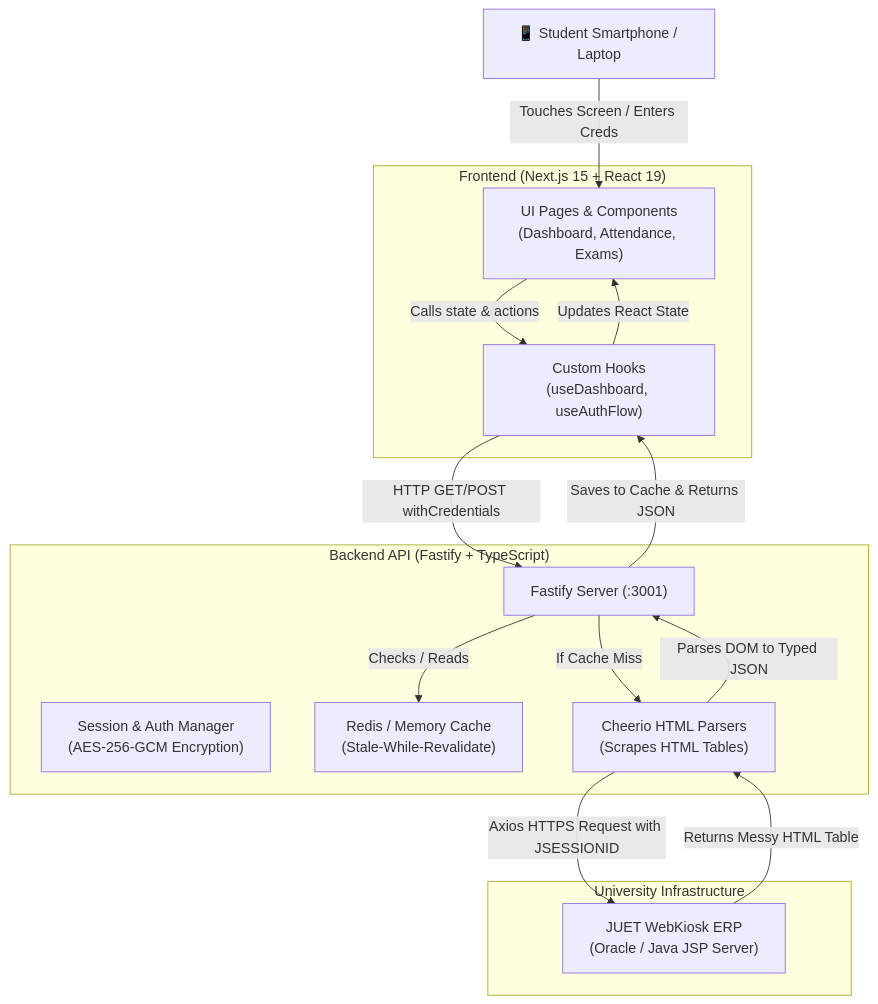
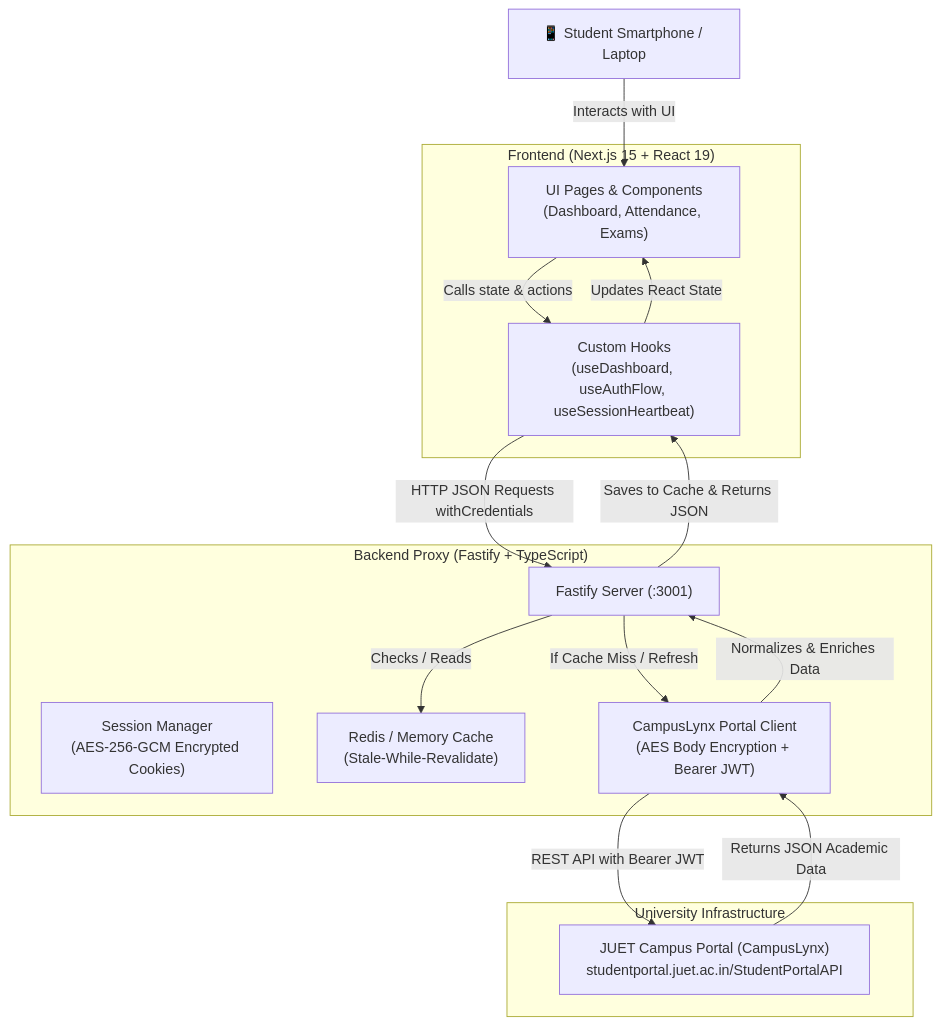
One commit to AryanAnand-ux/JUET-Nexus changed the diagram in PROJECT_EXPLAINED.md. Above: the diagram before and after it, drawn with Mermaid. The commit also changed other lines of this file and 3 other files, not shown here.

Commit message:
docs: align architecture documentation and references with new Campus Portal (CampusLynx)

````diff
--- a/PROJECT_EXPLAINED.md
+++ b/PROJECT_EXPLAINED.md
@@ -12,31 +12,31 @@
 ```mermaid
 flowchart TD
     User["📱 Student Smartphone / Laptop"]
     
     subgraph Frontend["Frontend (Next.js 15 + React 19)"]
         UI["UI Pages & Components<br/>(Dashboard, Attendance, Exams)"]
-        Hooks["Custom Hooks<br/>(useDashboard, useAuthFlow)"]
+        Hooks["Custom Hooks<br/>(useDashboard, useAuthFlow, useSessionHeartbeat)"]
     end
     
-    subgraph Backend["Backend API (Fastify + TypeScript)"]
+    subgraph Backend["Backend Proxy (Fastify + TypeScript)"]
         Server["Fastify Server (:3001)"]
-        SessionMgt["Session & Auth Manager<br/>(AES-256-GCM Encryption)"]
+        SessionMgt["Session Manager<br/>(AES-256-GCM Encrypted Cookies)"]
         Cache["Redis / Memory Cache<br/>(Stale-While-Revalidate)"]
-        Scraper["Cheerio HTML Parsers<br/>(Scrapes HTML Tables)"]
+        PortalClient["CampusLynx Portal Client<br/>(AES Body Encryption + Bearer JWT)"]
     end
     
     subgraph University["University Infrastructure"]
-        WebKiosk["JUET WebKiosk ERP<br/>(Oracle / Java JSP Server)"]
+        CampusPortal["JUET Campus Portal (CampusLynx)<br/>studentportal.juet.ac.in/StudentPortalAPI"]
     end
 
-    User -->|Touches Screen / Enters Creds| UI
+    User -->|Interacts with UI| UI
     UI -->|Calls state & actions| Hooks
-    Hooks -->|HTTP GET/POST withCredentials| Server
+    Hooks -->|HTTP JSON Requests withCredentials| Server
     Server -->|Checks / Reads| Cache
-    Server -->|If Cache Miss| Scraper
-    Scraper -->|Axios HTTPS Request with JSESSIONID| WebKiosk
-    WebKiosk -->|Returns Messy HTML Table| Scraper
-    Scraper -->|Parses DOM to Typed JSON| Server
+    Server -->|If Cache Miss / Refresh| PortalClient
+    PortalClient -->|REST API with Bearer JWT| CampusPortal
+    CampusPortal -->|Returns JSON Academic Data| PortalClient
+    PortalClient -->|Normalizes & Enriches Data| Server
     Server -->|Saves to Cache & Returns JSON| Hooks
     Hooks -->|Updates React State| UI
 ```
````
